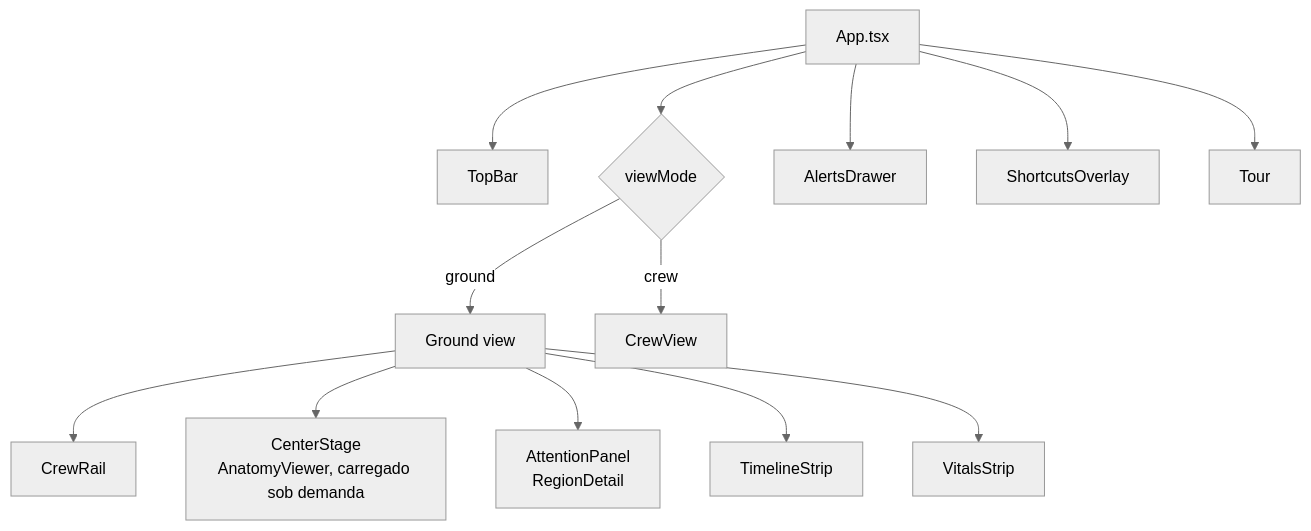
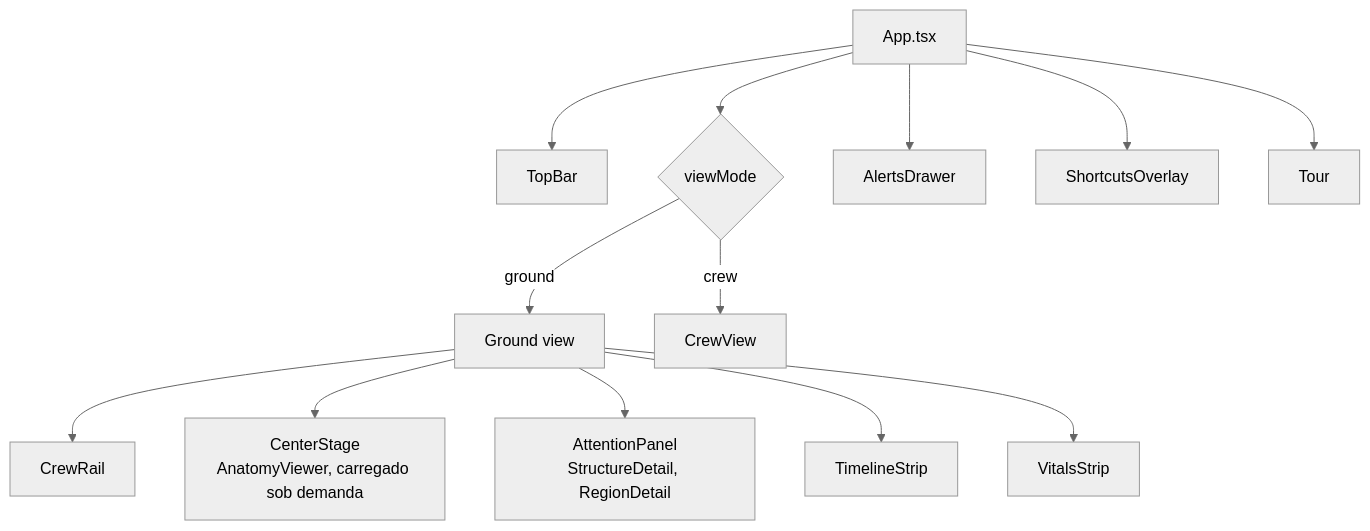
Before and after one commit to Gabrieldiv/astronaut-health-intelligence-platform: the first of 2 diagrams in docs-site/pt/architecture/frontend.md, drawn with Mermaid (neutral theme). The commit also changed other lines of this file and 68 other files, not shown here.

````diff
--- a/docs-site/pt/architecture/frontend.md
+++ b/docs-site/pt/architecture/frontend.md
@@ -23,15 +24,15 @@
 ```mermaid
 flowchart TB
     APP[App.tsx] --> TOP[TopBar]
     APP --> VIEW{viewMode}
     VIEW -->|ground| GV[Ground view]
     VIEW -->|crew| CV[CrewView]
     GV --> RAIL[CrewRail]
     GV --> STAGE[CenterStage<br/>AnatomyViewer, carregado sob demanda]
-    GV --> ATT[AttentionPanel<br/>RegionDetail]
+    GV --> ATT[AttentionPanel<br/>StructureDetail, RegionDetail]
     GV --> TL[TimelineStrip]
     GV --> VIT[VitalsStrip]
     APP --> AL[AlertsDrawer]
     APP --> SC[ShortcutsOverlay]
     APP --> TOUR[Tour]
 ```
````
